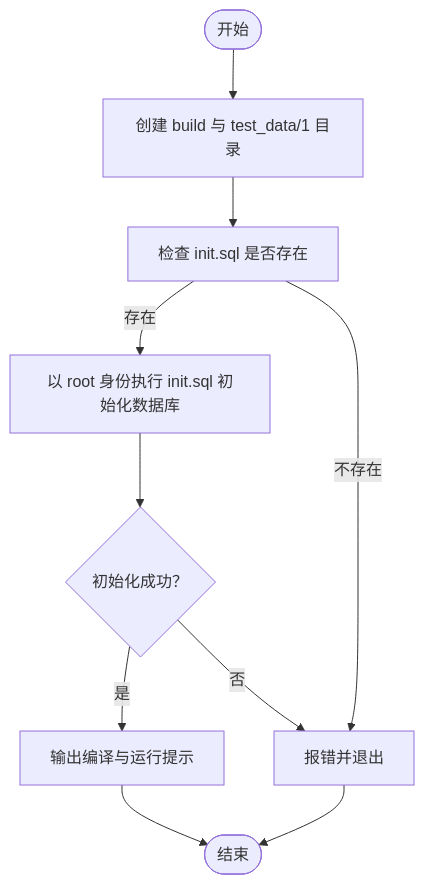
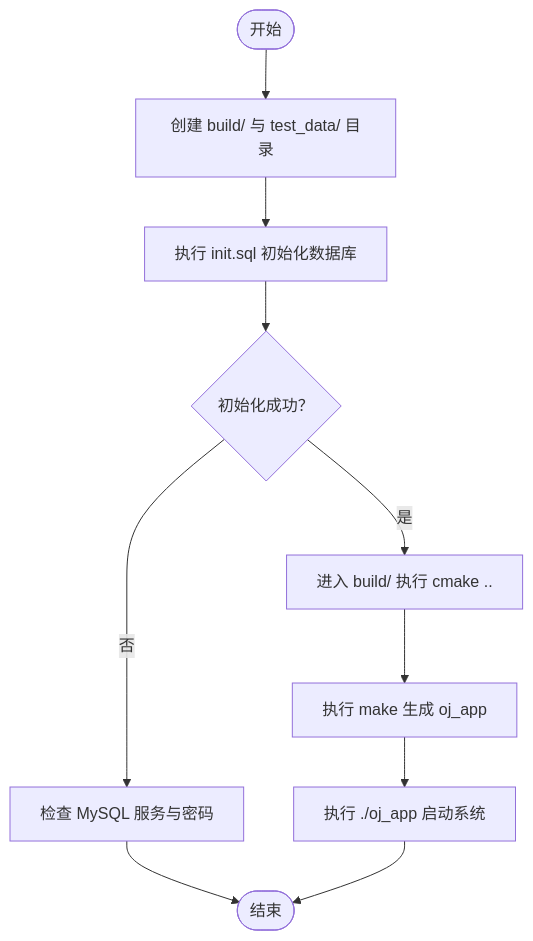
Before and after one commit to jinpeng900/OJ-Test: the fourth of 5 diagrams in .qoder/repowiki/zh/content/快速开始.md, drawn with Mermaid. The commit also changed other lines of this file and 126 other files, not shown here.

````diff
--- a/.qoder/repowiki/zh/content/快速开始.md
+++ b/.qoder/repowiki/zh/content/快速开始.md
@@ -149,12 +277,12 @@
 ```mermaid
 flowchart TD
-Start(["开始"]) --> CreateDirs["创建 build 与 test_data/1 目录"]
-CreateDirs --> CheckInit["检查 init.sql 是否存在"]
-CheckInit --> |存在| RunInit["以 root 身份执行 init.sql 初始化数据库"]
-CheckInit --> |不存在| Fail["报错并退出"]
-RunInit --> InitOK{"初始化成功？"}
-InitOK --> |是| BuildHint["输出编译与运行提示"]
-InitOK --> |否| Fail
-BuildHint --> End(["结束"])
-Fail --> End
+Start(["开始"]) --> Mkdir["创建 build/ 与 test_data/ 目录"]
+Mkdir --> InitDB["执行 init.sql 初始化数据库"]
+InitDB --> DBOK{"初始化成功？"}
+DBOK --> |否| Fail["检查 MySQL 服务与密码"]
+DBOK --> |是| Build["进入 build/ 执行 cmake .."]
+Build --> Make["执行 make 生成 oj_app"]
+Make --> Run["执行 ./oj_app 启动系统"]
+Fail --> End(["结束"])
+Run --> End
 ```
````
